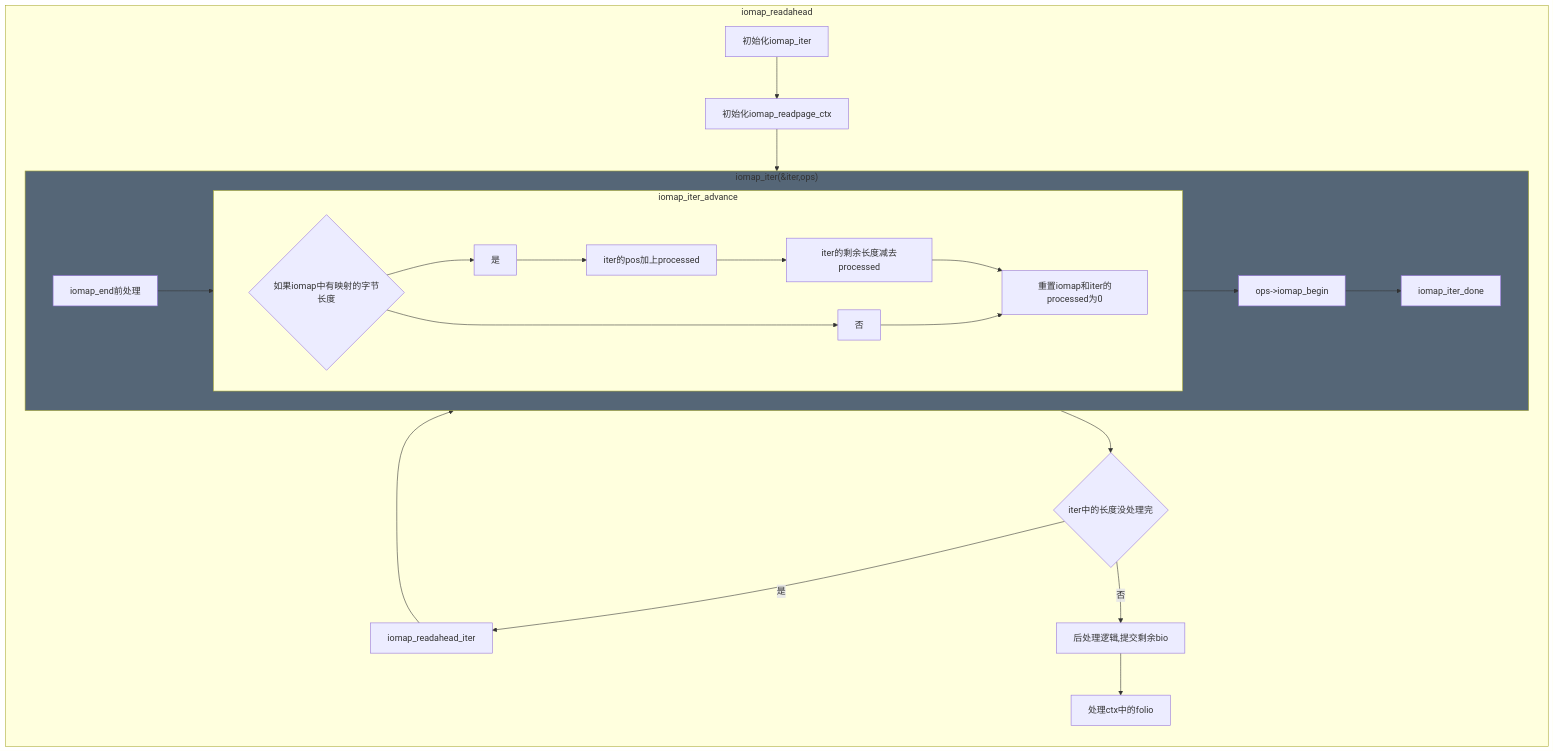
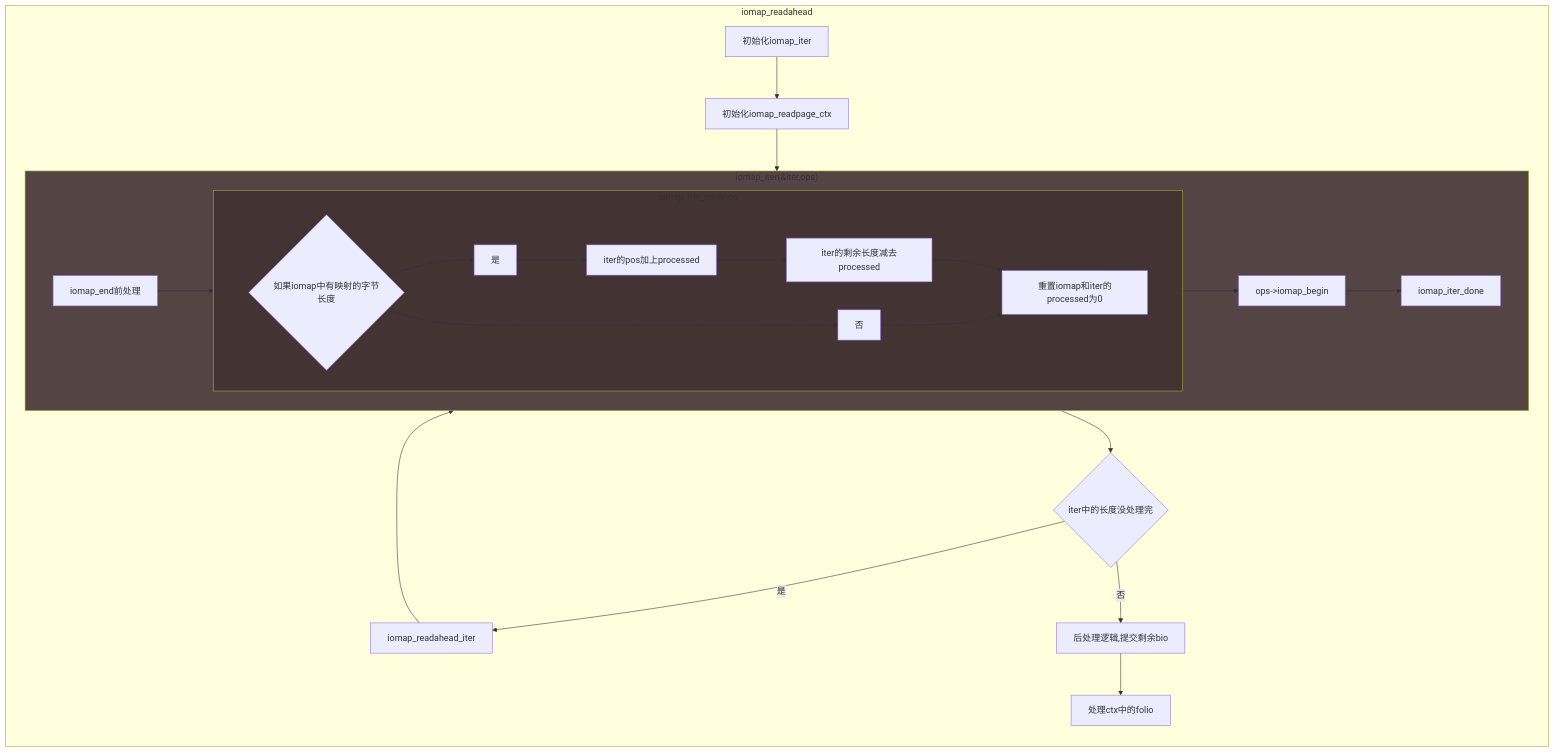
Before and after one commit to sigmanature/learn_os_note: the diagram in 6.13.1内核文档注释/fs/iomap/buffered_io.c/README.md, drawn with Mermaid.

````diff
--- a/6.13.1内核文档注释/fs/iomap/buffered_io.c/README.md
+++ b/6.13.1内核文档注释/fs/iomap/buffered_io.c/README.md
@@ -2,19 +2,20 @@
 ```mermaid
 graph LR
     subgraph c[iomap_iter_advance]
         1{如果iomap中有映射的字节长度}
         1-->是-->iter的pos加上processed-->iter的剩余长度减去processed-->2[重置iomap和iter的processed为0]
         1-->否-->2
     end
     subgraph b["iomap_iter(&iter,ops)"]
         G[iomap_end前处理]-->c-->I["ops->iomap_begin"]-->J[iomap_iter_done]
     end
-    style b fill:#567
+    style b fill:#544
+    style c fill:#433
     subgraph a[iomap_readahead]
         A[初始化iomap_iter]-->B[初始化iomap_readpage_ctx]-->b-->C{"iter中的长度没处理完"}
         C--是-->D[iomap_readahead_iter]-->b
         C--否-->E[后处理逻辑,提交剩余bio]-->F[处理ctx中的folio]
     end
     
 click A "https://github.com/sigmanature/learn_os_note/blob/main/6.13.1%E5%86%85%E6%A0%B8%E6%96%87%E6%A1%A3%E6%B3%A8%E9%87%8A/include/linux/iomap.h/struct_iomap_iter.md"
 ```
````
